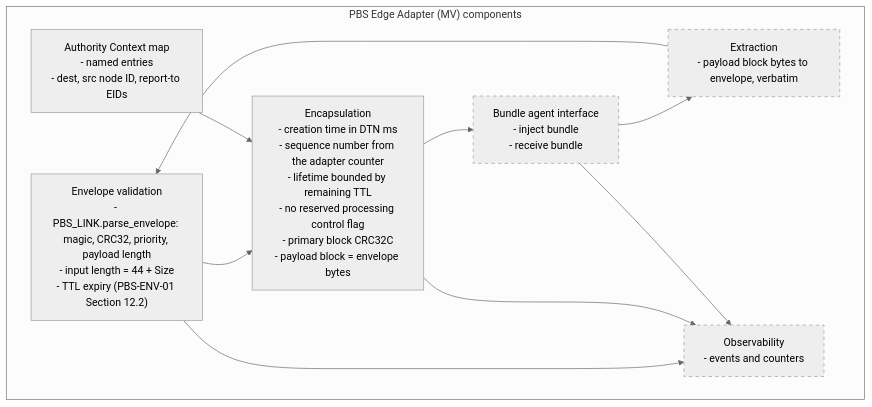
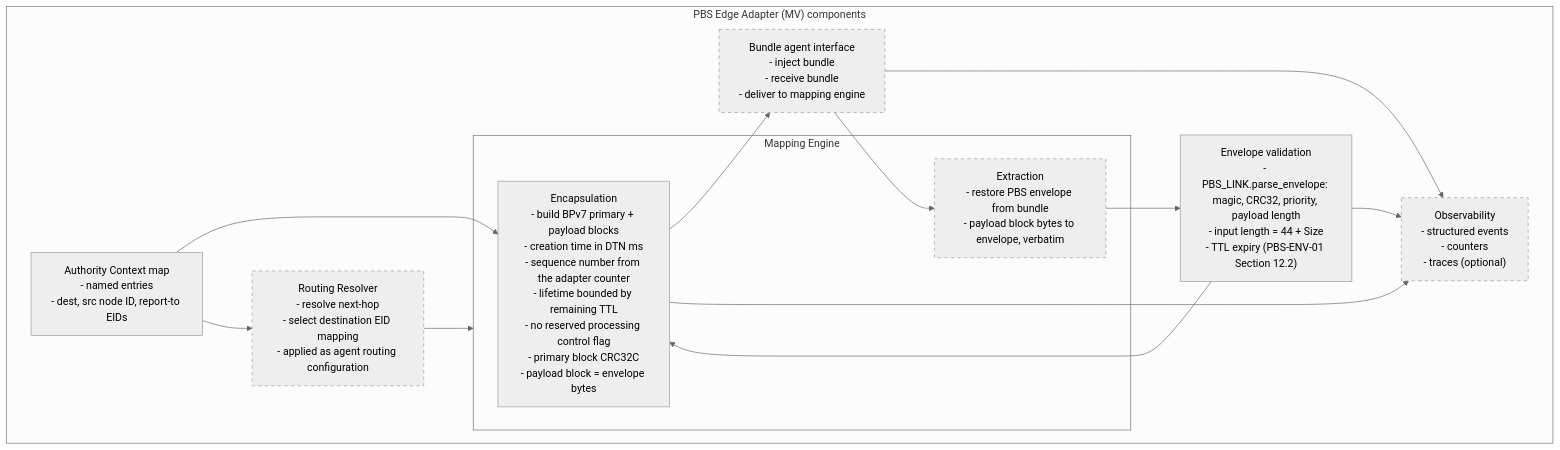
The second of 8 diagrams in DOCS/PBS-EDGE-ARCHITECTURE.md (Pale-Blue-Systems/PBS-EDGE-ADAPTER-MV), drawn with Mermaid (neutral theme) before and after one commit. The commit also changed other lines of this file and 8 other files, not shown here.

````diff
--- a/DOCS/PBS-EDGE-ARCHITECTURE.md
+++ b/DOCS/PBS-EDGE-ARCHITECTURE.md
@@ -58,23 +63,28 @@
 ```mermaid
 flowchart TB
   subgraph ADAPTER["PBS Edge Adapter (MV) components"]
     VAL["Envelope validation<br/>- PBS_LINK.parse_envelope: magic, CRC32, priority, payload length<br/>- input length = 44 + Size<br/>- TTL expiry (PBS-ENV-01 Section 12.2)"]
     AC["Authority Context map<br/>- named entries<br/>- dest, src node ID, report-to EIDs"]
-    ENC["Encapsulation<br/>- creation time in DTN ms<br/>- sequence number from the adapter counter<br/>- lifetime bounded by remaining TTL<br/>- no reserved processing control flag<br/>- primary block CRC32C<br/>- payload block = envelope bytes"]
-    EXT["Extraction<br/>- payload block bytes to envelope, verbatim"]
-    IO["Bundle agent interface<br/>- inject bundle<br/>- receive bundle"]
-    OBS["Observability<br/>- events and counters"]
+    RT["Routing Resolver<br/>- resolve next-hop<br/>- select destination EID mapping<br/>- applied as agent routing configuration"]
+    subgraph MAP["Mapping Engine"]
+    ENC["Encapsulation<br/>- build BPv7 primary + payload blocks<br/>- creation time in DTN ms<br/>- sequence number from the adapter counter<br/>- lifetime bounded by remaining TTL<br/>- no reserved processing control flag<br/>- primary block CRC32C<br/>- payload block = envelope bytes"]
+    EXT["Extraction<br/>- restore PBS envelope from bundle<br/>- payload block bytes to envelope, verbatim"]
+    end
+    IO["Bundle agent interface<br/>- inject bundle<br/>- receive bundle<br/>- deliver to mapping engine"]
+    OBS["Observability<br/>- structured events<br/>- counters<br/>- traces (optional)"]
   end
 
   VAL --> ENC
   AC --> ENC
+  AC --> RT
+  RT --> MAP
   ENC --> IO
   IO --> EXT
   EXT --> VAL
   VAL --> OBS
   ENC --> OBS
   IO --> OBS
 
   classDef planned stroke-dasharray: 5 5
-  class EXT,IO,OBS planned
+  class EXT,RT,IO,OBS planned
 ```
````
